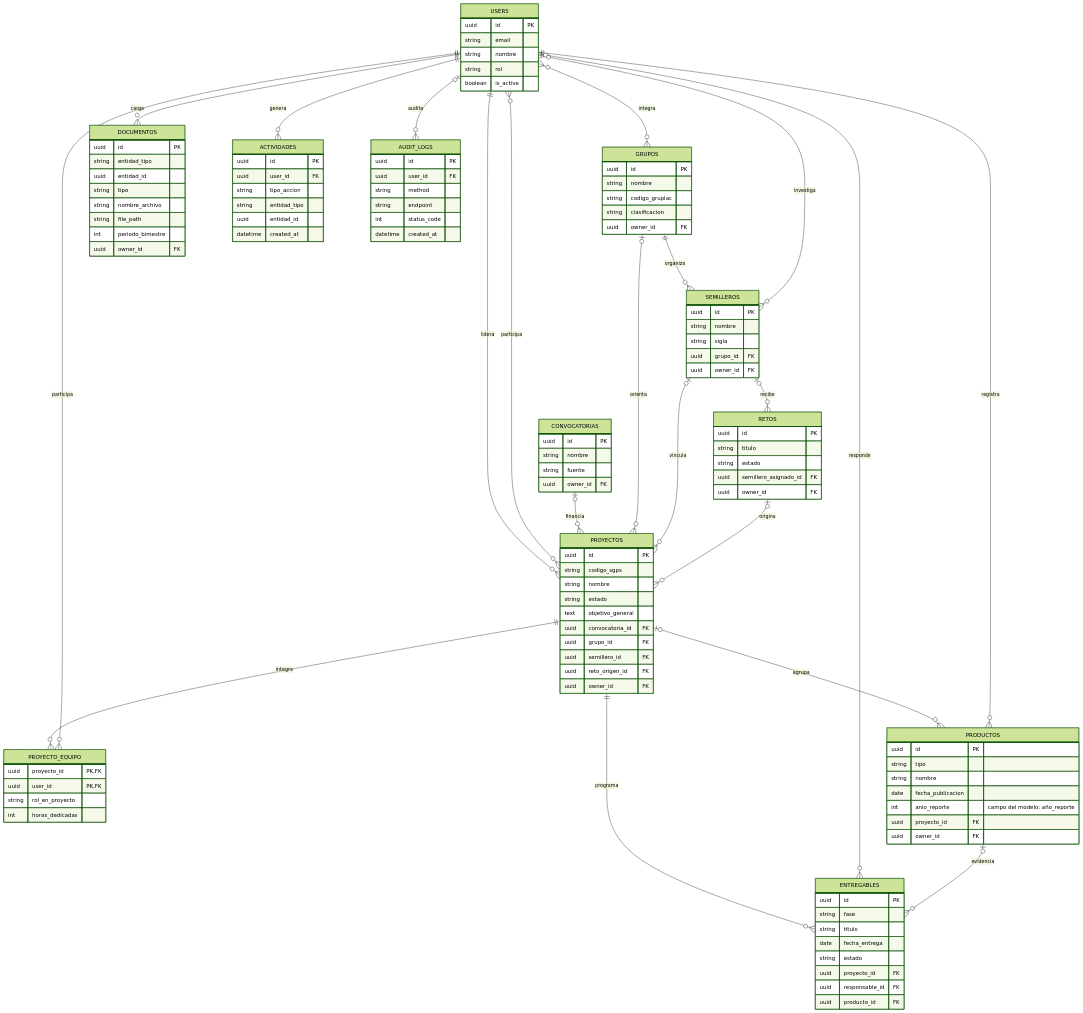
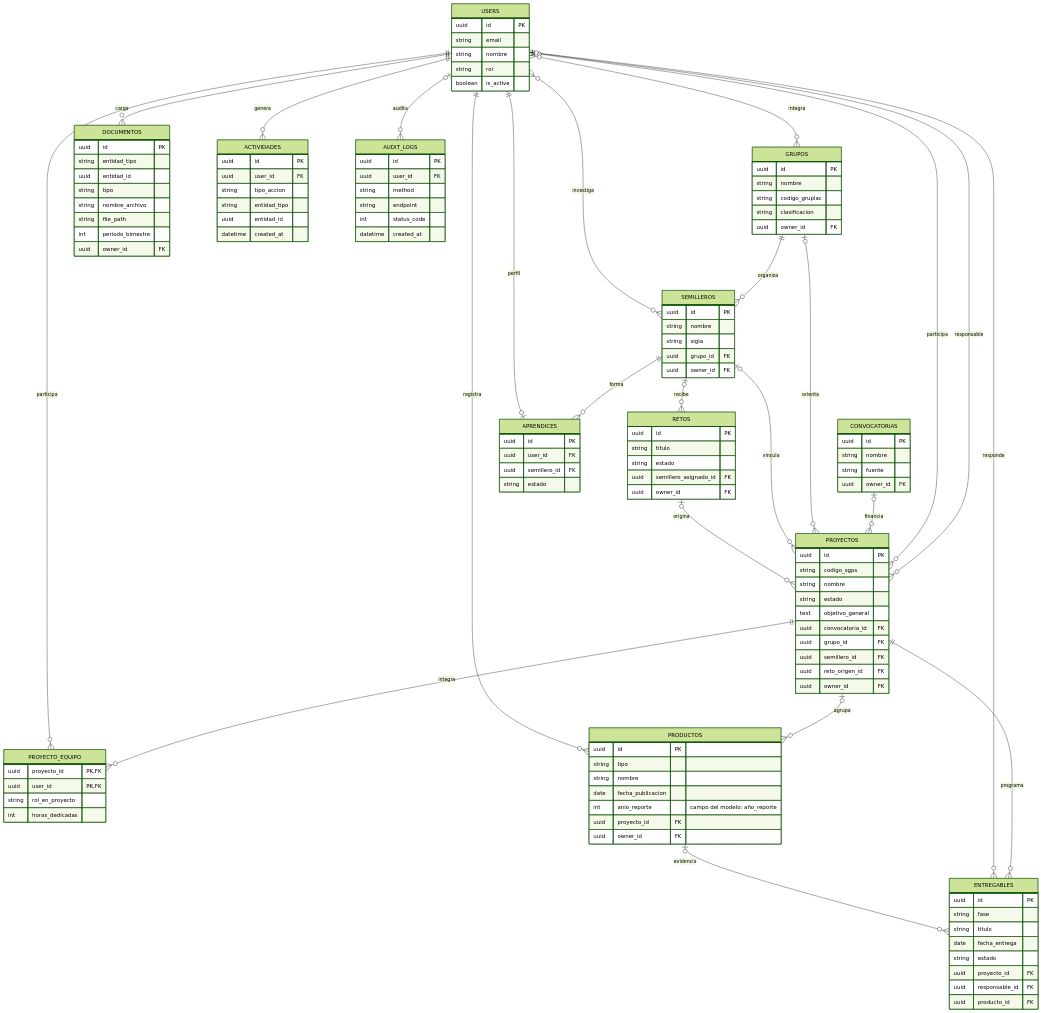
One commit to miuguelt/sennova_CGAO changed the diagram in docs/architecture/modelo-funcional-y-datos.md. Above: the diagram before and after it, drawn with Mermaid (forest theme). The commit also changed other lines of this file and 215 other files, not shown here.

````diff
--- a/docs/architecture/modelo-funcional-y-datos.md
+++ b/docs/architecture/modelo-funcional-y-datos.md
@@ -24,6 +24,6 @@
 ```mermaid
 erDiagram
-    USERS ||--o{ PROYECTOS : lidera
+    USERS ||--o{ PROYECTOS : responsable
     USERS }o--o{ PROYECTOS : participa
     PROYECTOS ||--o{ PROYECTO_EQUIPO : integra
     USERS ||--o{ PROYECTO_EQUIPO : participa
@@ -34,6 +34,8 @@
     GRUPOS ||--o{ SEMILLEROS : organiza
     USERS }o--o{ GRUPOS : integra
     USERS }o--o{ SEMILLEROS : investiga
+    SEMILLEROS ||--o{ APRENDICES : forma
+    USERS ||--o| APRENDICES : perfil
     SEMILLEROS o|--o{ RETOS : recibe
     PROYECTOS o|--o{ PRODUCTOS : agrupa
     USERS ||--o{ PRODUCTOS : registra
@@ -70,6 +72,12 @@
         string sigla
         uuid grupo_id FK
         uuid owner_id FK
+    }
+    APRENDICES {
+        uuid id PK
+        uuid user_id FK
+        uuid semillero_id FK
+        string estado
     }
     RETOS {
         uuid id PK
````
